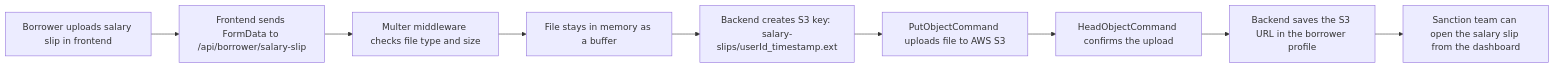
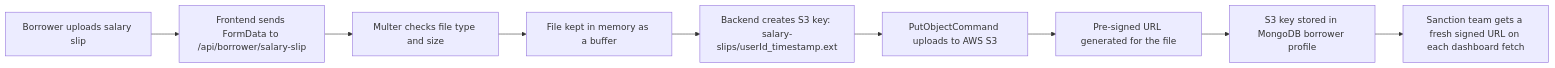
The diagram in README.md (himanshuhe981/MoneyMint), drawn with Mermaid before and after one commit. The commit also changed other lines of this file and 1 other file, not shown here.

First line of the commit message:
fix: immediately viewable salary slip upon upload

````diff
--- a/README.md
+++ b/README.md
@@ -20,11 +22,11 @@
 ```mermaid
 flowchart LR
-	A[Borrower uploads salary slip in frontend] --> B[Frontend sends FormData to /api/borrower/salary-slip]
-	B --> C[Multer middleware checks file type and size]
-	C --> D[File stays in memory as a buffer]
+	A[Borrower uploads salary slip] --> B[Frontend sends FormData to /api/borrower/salary-slip]
+	B --> C[Multer checks file type and size]
+	C --> D[File kept in memory as a buffer]
 	D --> E[Backend creates S3 key: salary-slips/userId_timestamp.ext]
-	E --> F[PutObjectCommand uploads file to AWS S3]
-	F --> G[HeadObjectCommand confirms the upload]
-	G --> H[Backend saves the S3 URL in the borrower profile]
-	H --> I[Sanction team can open the salary slip from the dashboard]
+	E --> F[PutObjectCommand uploads to AWS S3]
+	F --> G[Pre-signed URL generated for the file]
+	G --> H[S3 key stored in MongoDB borrower profile]
+	H --> I[Sanction team gets a fresh signed URL on each dashboard fetch]
 ```
````
